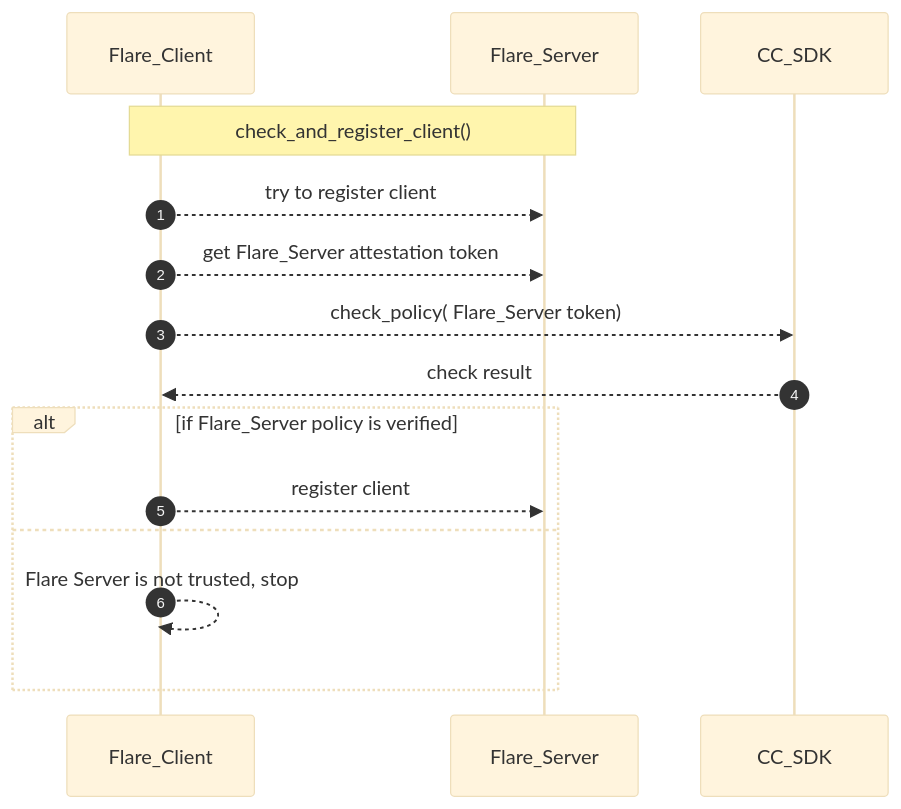
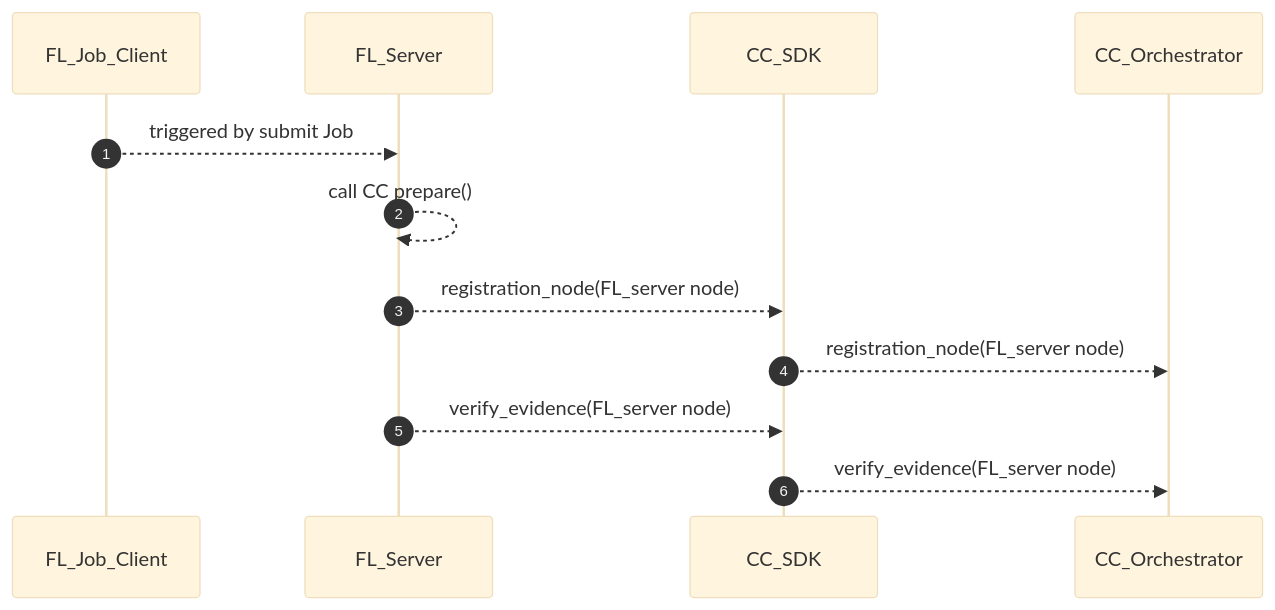
Before and after one commit to hitesh-ag1/NVFlare: the eighth of 13 diagrams in docs/confidential_computing/detailed_cc_sequence_diagram.md, drawn with Mermaid (base theme). The commit also changed other lines of this file, not shown here.

Commit message:
Sequence diagram for CC

````diff
--- a/docs/confidential_computing/detailed_cc_sequence_diagram.md
+++ b/docs/confidential_computing/detailed_cc_sequence_diagram.md
@@ -180,20 +193,16 @@
 ```mermaid
 sequenceDiagram
    autonumber
+    participant FL_Job_Client
+    participant FL_Server
+    participant CC_SDK
+    participant CC_Orchestrator
     
-    participant Flare_Client
-    participant Flare_Server
-    participant CC_SDK
+    FL_Job_Client -->> FL_Server: triggered by submit Job
+    FL_Server -->> FL_Server: call CC prepare() 
+    FL_Server -->> CC_SDK: registration_node(FL_server node)
+    CC_SDK -->> CC_Orchestrator: registration_node(FL_server node)
+    FL_Server -->> CC_SDK: verify_evidence(FL_server node)
+    CC_SDK -->> CC_Orchestrator: verify_evidence(FL_server node)
     
-    Note over Flare_Client, Flare_Server: check_and_register_client()
-    Flare_Client -->> Flare_Server: try to register client
-    Flare_Client -->> Flare_Server:  get Flare_Server attestation token 
-    Flare_Client -->> CC_SDK: check_policy( Flare_Server token)
-    CC_SDK -->> Flare_Client: check result
-    alt if  Flare_Server policy is verified
-         Flare_Client -->> Flare_Server: register client
-    else
-        Flare_Client -->> Flare_Client: Flare Server is not trusted, stop
-    end
-   
 ```
````
